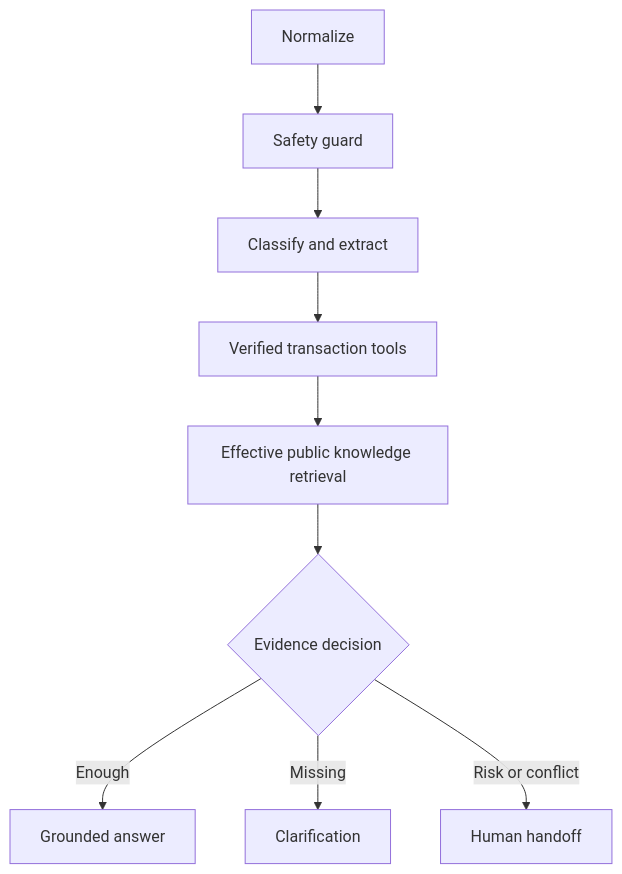
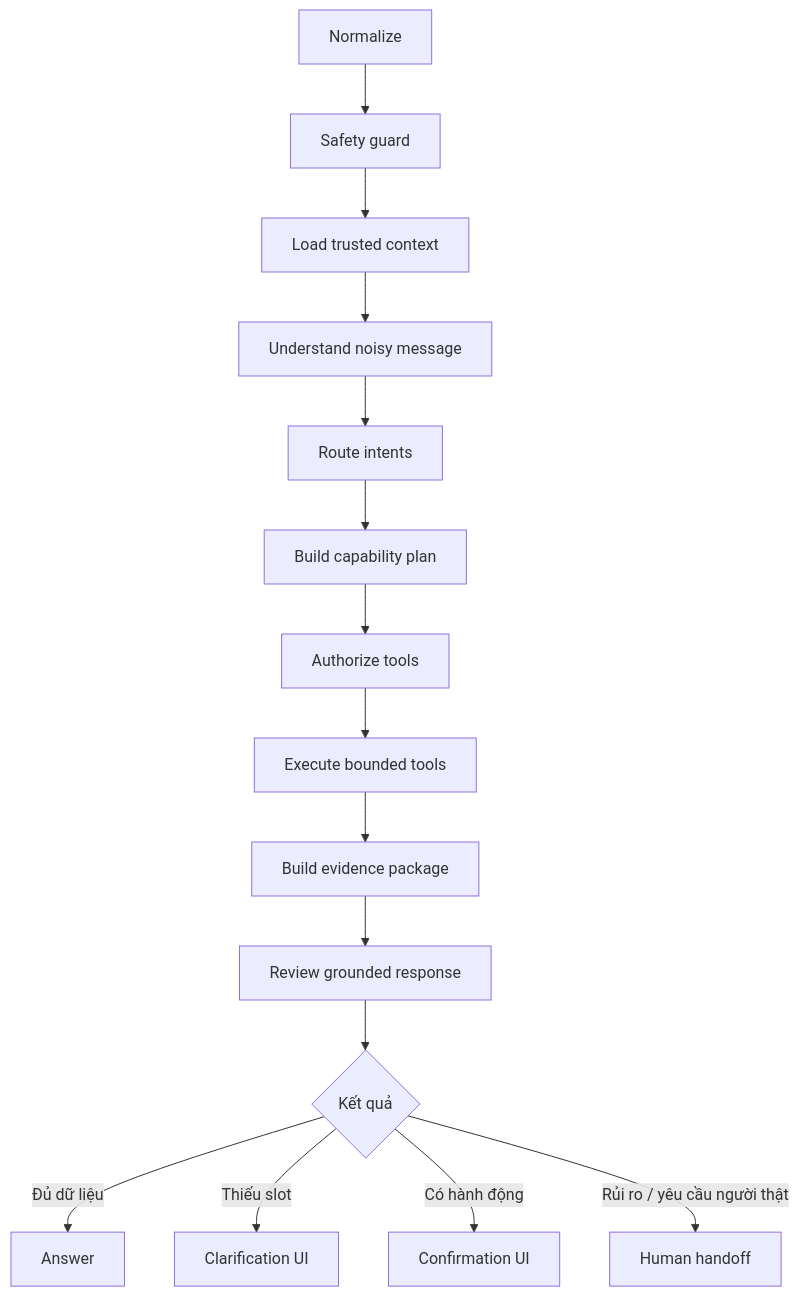
One commit to Minwsun/omnicare-chatagent changed the third of 4 diagrams in docs/architecture.md. Above: the diagram before and after it, drawn with Mermaid. The commit also changed other lines of this file and 8 other files, not shown here.

Commit message:
document architecture and clean evaluation tests

````diff
--- a/docs/architecture.md
+++ b/docs/architecture.md
@@ -16,11 +64,17 @@
 ```mermaid
 flowchart TD
-  S[Normalize] --> G[Safety guard]
-  G --> C[Classify and extract]
-  C --> T[Verified transaction tools]
-  T --> R[Effective public knowledge retrieval]
-  R --> D{Evidence decision}
-  D -->|Enough| A[Grounded answer]
-  D -->|Missing| Q[Clarification]
-  D -->|Risk or conflict| H[Human handoff]
+  N[Normalize] --> S[Safety guard]
+  S --> C[Load trusted context]
+  C --> U[Understand noisy message]
+  U --> R[Route intents]
+  R --> P[Build capability plan]
+  P --> X[Authorize tools]
+  X --> E[Execute bounded tools]
+  E --> V[Build evidence package]
+  V --> Q[Review grounded response]
+  Q --> O{Kết quả}
+  O -->|Đủ dữ liệu| A[Answer]
+  O -->|Thiếu slot| F[Clarification UI]
+  O -->|Có hành động| K[Confirmation UI]
+  O -->|Rủi ro / yêu cầu người thật| H[Human handoff]
 ```
````
